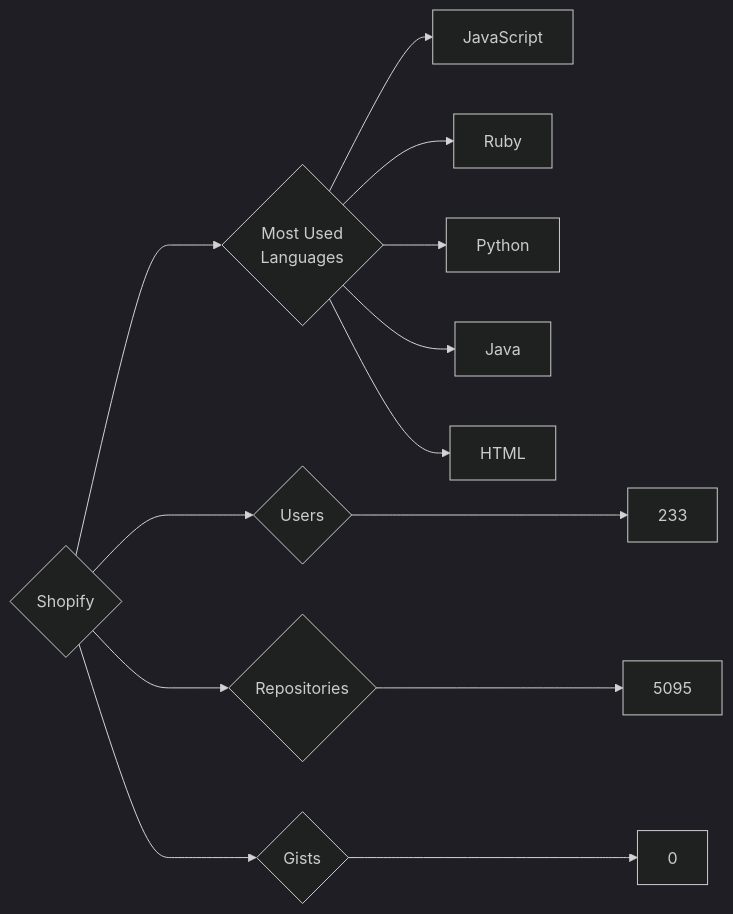
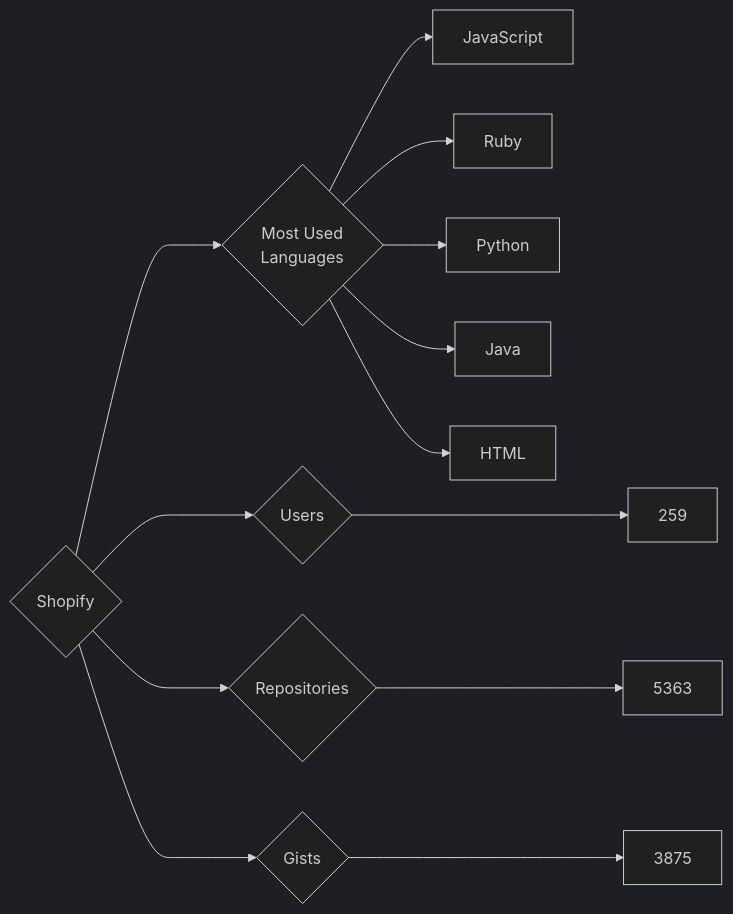
One commit to trickest/insiders changed the diagram in targets/Shopify/README.md. Above: the diagram before and after it, drawn with Mermaid (dark theme). The commit also changed 997 other files, not shown here.

````diff
--- a/targets/Shopify/README.md
+++ b/targets/Shopify/README.md
@@ -3,13 +3,13 @@
 ```mermaid
 graph LR
 COMPANY_NAME{Shopify}
-COMPANY_NAME ---> U{Users} ---> UN[233]
-COMPANY_NAME ---> R{Repositories} ---> RN[5095]
-COMPANY_NAME ---> G{Gists} ---> GN[0]
+COMPANY_NAME ---> U{Users} ---> UN[259]
+COMPANY_NAME ---> R{Repositories} ---> RN[5363]
+COMPANY_NAME ---> G{Gists} ---> GN[3875]
 COMPANY_NAME ---> ML{Most Used<br>Languages}
-ML --> JavaScript
-ML --> Ruby
-ML --> Python
-ML --> Java
-ML --> HTML
+ML --> JavaScript[JavaScript]
+ML --> Ruby[Ruby]
+ML --> Python[Python]
+ML --> Java[Java]
+ML --> HTML[HTML]
 ```
````
